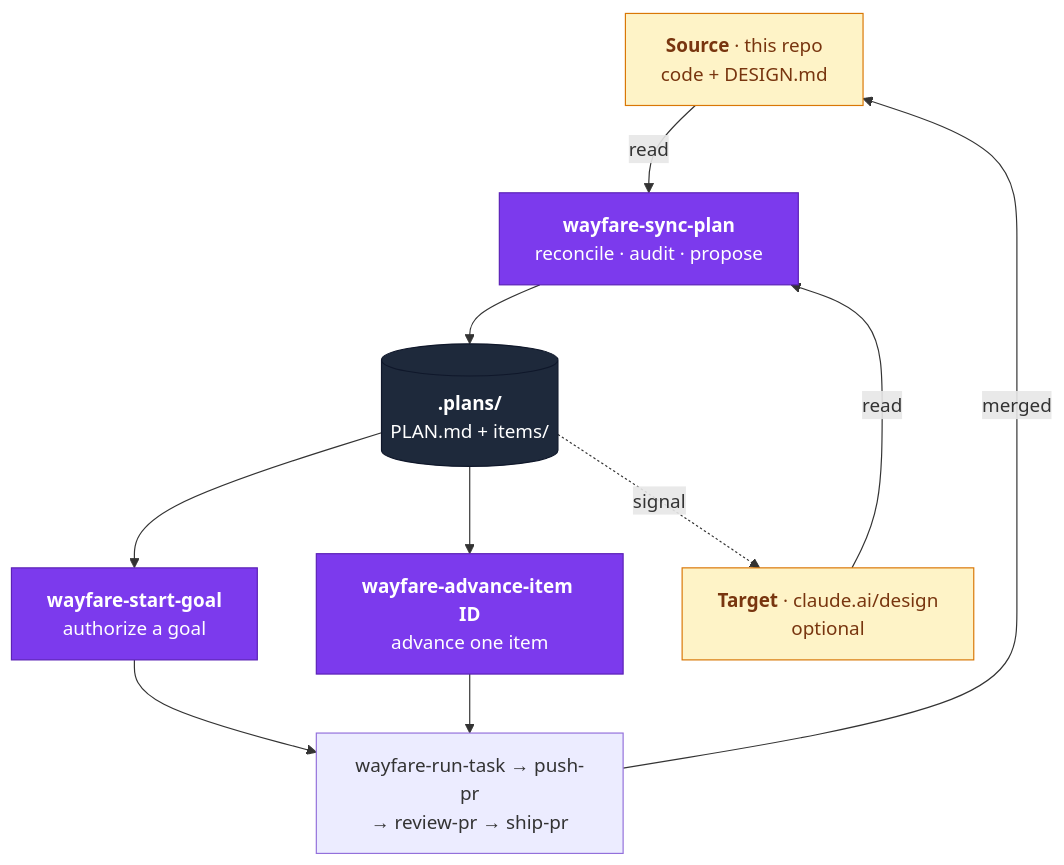
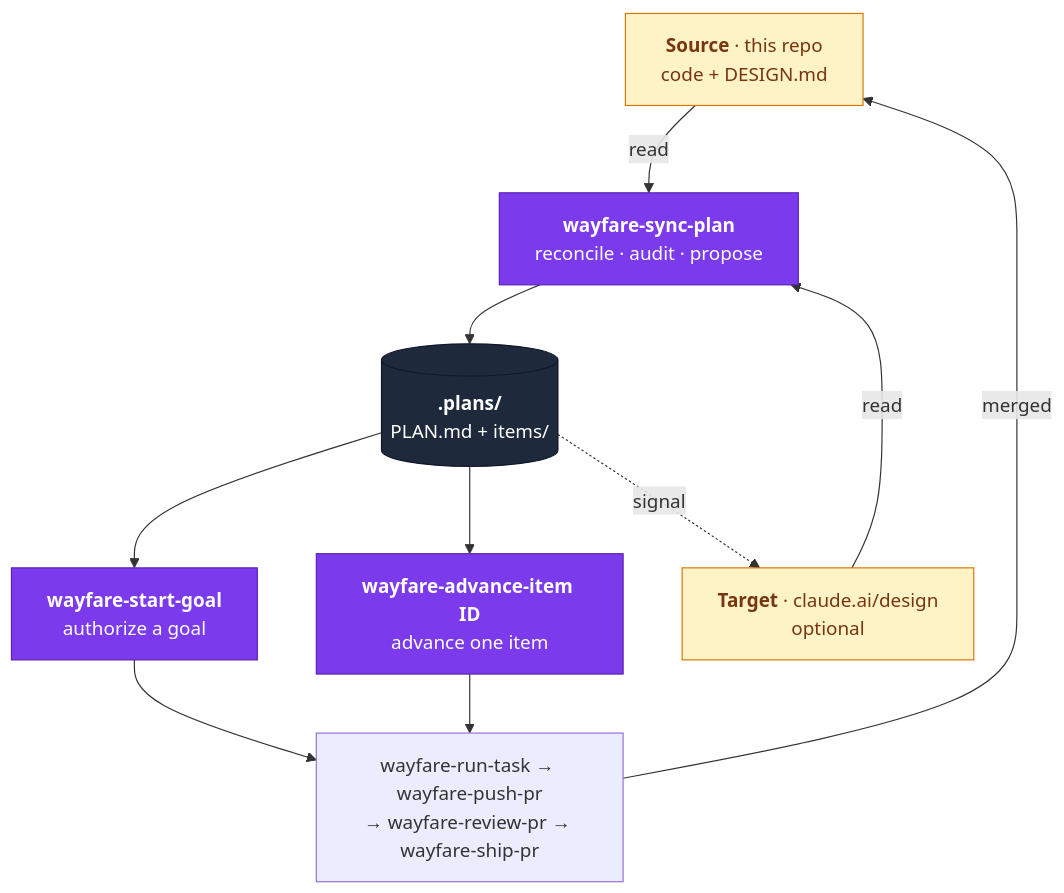
Before and after one commit to ai-hero/hero-skills: the first of 4 diagrams in README.md, drawn with Mermaid. The commit also changed other lines of this file and 22 other files, not shown here.

````diff
--- a/README.md
+++ b/README.md
@@ -45,27 +45,27 @@
 ```mermaid
 flowchart TB
   SRC["<b>Source</b> · this repo<br/>code + DESIGN.md"]
   TGT["<b>Target</b> · claude.ai/design<br/>optional"]
   PLAN["<b>wayfare-sync-plan</b><br/>reconcile · audit · propose"]
   STORE[("<b>.plans/</b><br/>PLAN.md + items/")]
   NEXT["<b>wayfare-start-goal</b><br/>authorize a goal"]
   DO["<b>wayfare-advance-item ID</b><br/>advance one item"]
-  BUILD["wayfare-run-task → push-pr<br/>→ review-pr → ship-pr"]
+  BUILD["wayfare-run-task → wayfare-push-pr<br/>→ wayfare-review-pr → wayfare-ship-pr"]
 
   SRC -- read --> PLAN
   TGT -- read --> PLAN
   PLAN --> STORE
   STORE --> NEXT
   STORE --> DO
   NEXT --> BUILD
   DO --> BUILD
   BUILD -- merged --> SRC
   STORE -. signal .-> TGT
 
   classDef verb fill:#7C3AED,stroke:#5B21B6,color:#fff
   classDef store fill:#1E293B,stroke:#0F172A,color:#fff
   classDef end_ fill:#FEF3C7,stroke:#D97706,color:#78350F
   class PLAN,NEXT,DO verb
   class STORE store
   class SRC,TGT end_
 ```
````
